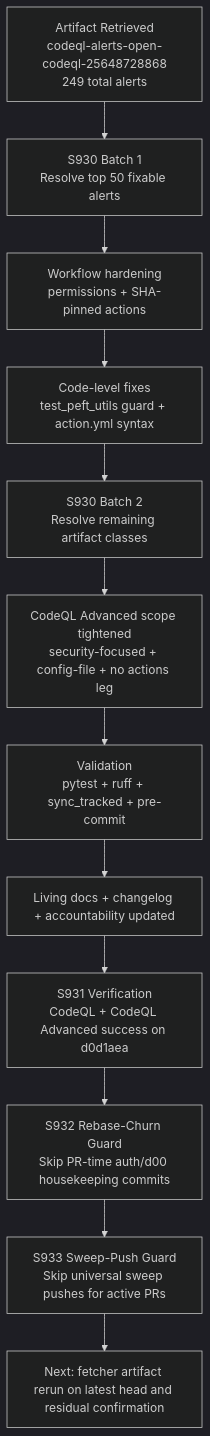
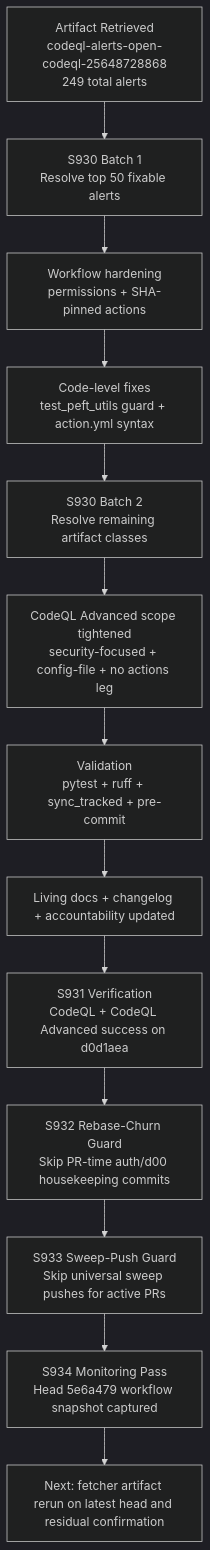
The first of 2 diagrams in docs/sessions/PR4393_session_diagram.md (Aries-Serpent/_codex_), drawn with Mermaid (dark theme) before and after one commit. The commit also changed other lines of this file and 3 other files, not shown here.

````diff
--- a/docs/sessions/PR4393_session_diagram.md
+++ b/docs/sessions/PR4393_session_diagram.md
@@ -3,15 +3,16 @@
 ```mermaid
 graph TD
   A[Artifact Retrieved<br/>codeql-alerts-open-codeql-25648728868<br/>249 total alerts] --> B
   B[S930 Batch 1<br/>Resolve top 50 fixable alerts] --> C
   C[Workflow hardening<br/>permissions + SHA-pinned actions] --> D
   D[Code-level fixes<br/>test_peft_utils guard + action.yml syntax] --> E
   E[S930 Batch 2<br/>Resolve remaining artifact classes] --> F
   F[CodeQL Advanced scope tightened<br/>security-focused + config-file + no actions leg] --> G
   G[Validation<br/>pytest + ruff + sync_tracked + pre-commit] --> H
   H[Living docs + changelog + accountability updated] --> I
   I[S931 Verification<br/>CodeQL + CodeQL Advanced success on d0d1aea] --> J
   J[S932 Rebase-Churn Guard<br/>Skip PR-time auth/d00 housekeeping commits] --> K
   K[S933 Sweep-Push Guard<br/>Skip universal sweep pushes for active PRs] --> L
-  L[Next: fetcher artifact rerun on latest head and residual confirmation]
+  L[S934 Monitoring Pass<br/>Head 5e6a479 workflow snapshot captured] --> M
+  M[Next: fetcher artifact rerun on latest head and residual confirmation]
 ```
````
